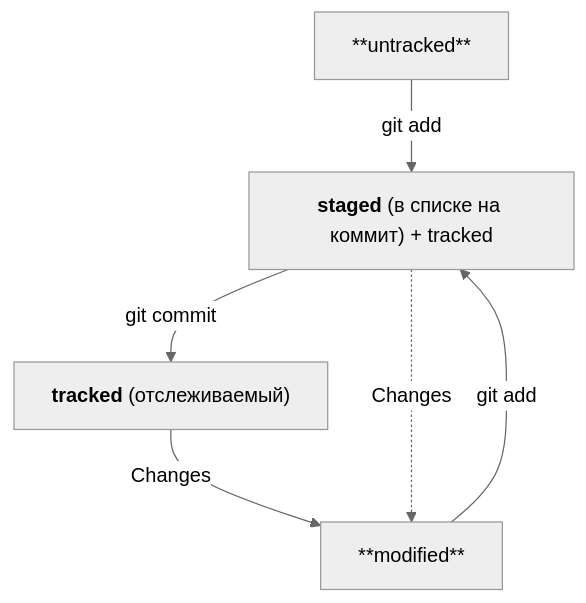
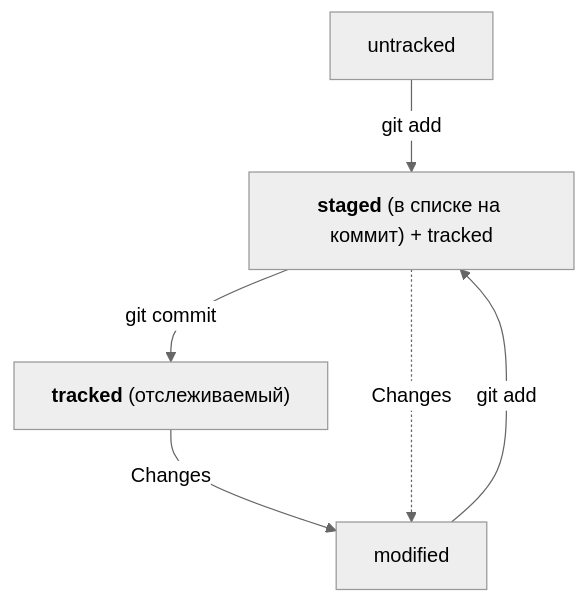
The diagram in README.md (masha-ds/cheatsheet), drawn with Mermaid (neutral theme) before and after one commit.

Commit message:
Fix mistakes in flowchart

````diff
--- a/README.md
+++ b/README.md
@@ -225,8 +225,8 @@
 ```mermaid
 flowchart TD
-	A["**untracked**"] -- git add --> B["`**staged** (в списке на коммит) + tracked`"];
+	A[untracked] -- git add --> B["`**staged** (в списке на коммит) + tracked`"];
 	B -- git commit --> C["`**tracked** (отслеживаемый)`"];
-	C -- Changes --> D["`**modified**`"];
+	C -- Changes --> D[modified];
 	D -- git add --> B["`**staged** (в списке на коммит) + tracked`"];
-	B -.Changes.-> D["**modified**"];
+	B -.Changes.-> D[modified];
 ```
````
